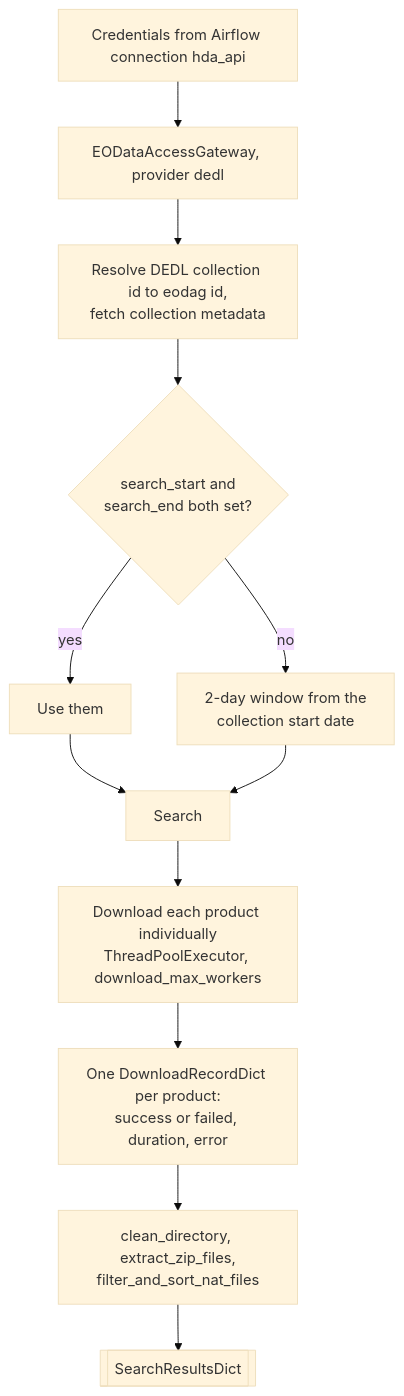
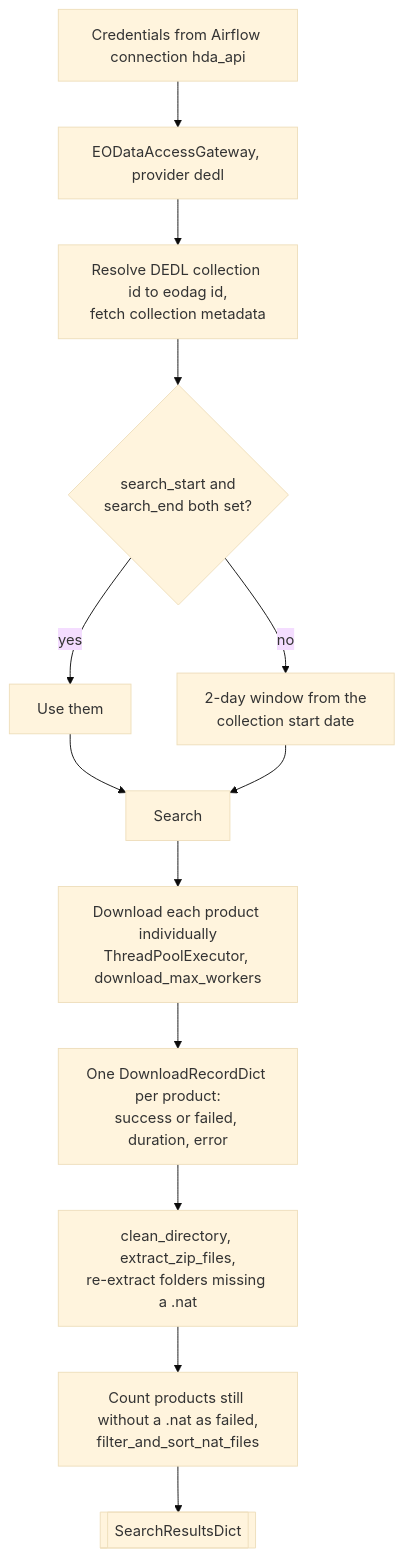
Before and after one commit to destination-earth/DestinE-DataLake-Lab: the third of 10 diagrams in HOOK/Data_Processing_Alternatives/airflow/airflow-getting-started/docs/demo2.md, drawn with Mermaid (base theme). The commit also changed other lines of this file and 3 other files, not shown here.

````diff
--- a/HOOK/Data_Processing_Alternatives/airflow/airflow-getting-started/docs/demo2.md
+++ b/HOOK/Data_Processing_Alternatives/airflow/airflow-getting-started/docs/demo2.md
@@ -150,14 +156,15 @@
 ```mermaid
 flowchart TD
     A["Credentials from Airflow connection hda_api"] --> B["EODataAccessGateway, provider dedl"]
     B --> C["Resolve DEDL collection id to eodag id,<br/>fetch collection metadata"]
     C --> D{"search_start and<br/>search_end both set?"}
     D -->|yes| E[Use them]
     D -->|no| F["2-day window from the<br/>collection start date"]
     E --> G[Search]
     F --> G
     G --> H["Download each product individually<br/>ThreadPoolExecutor, download_max_workers"]
     H --> I["One DownloadRecordDict per product:<br/>success or failed, duration, error"]
-    I --> J["clean_directory, extract_zip_files,<br/>filter_and_sort_nat_files"]
-    J --> K[["SearchResultsDict"]]
+    I --> J["clean_directory, extract_zip_files,<br/>re-extract folders missing a .nat"]
+    J --> J2["Count products still without a .nat as failed,<br/>filter_and_sort_nat_files"]
+    J2 --> K[["SearchResultsDict"]]
 ```
````
